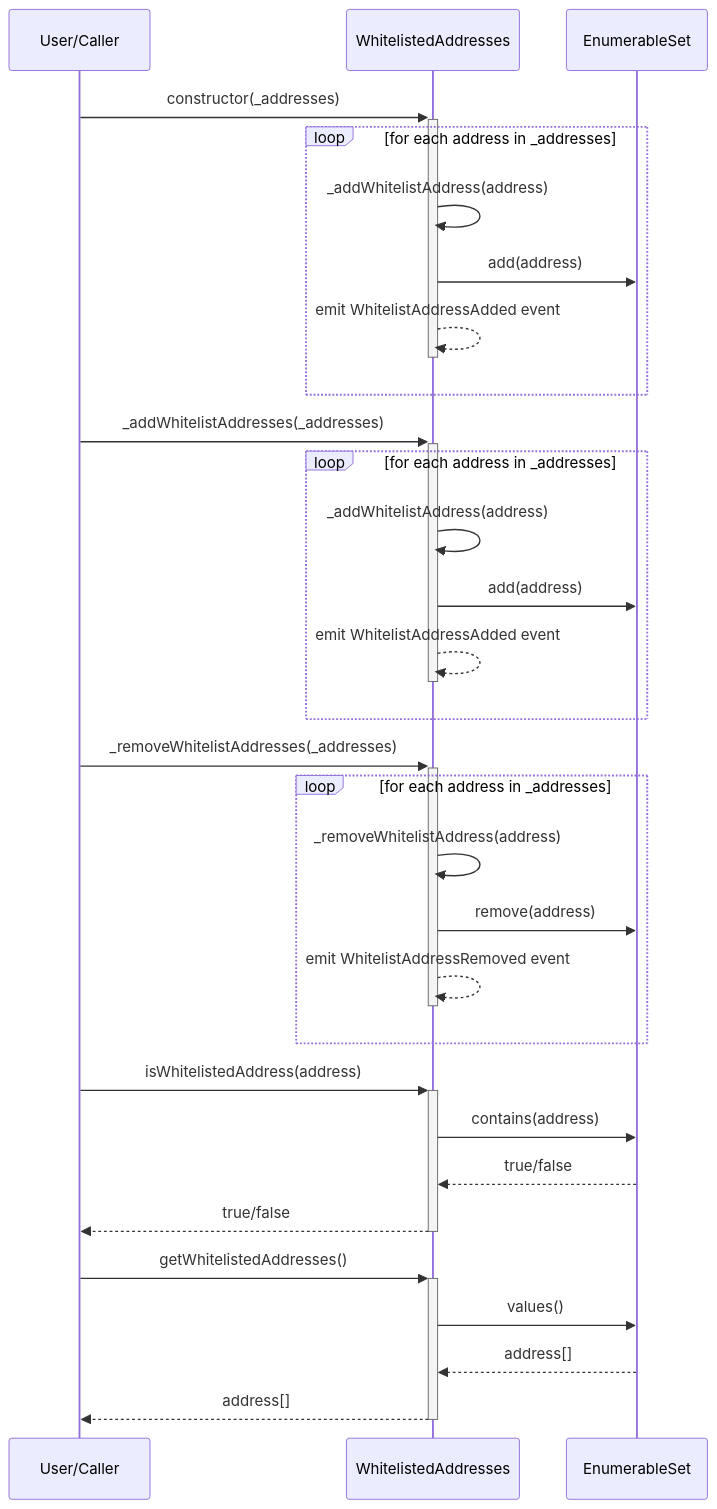
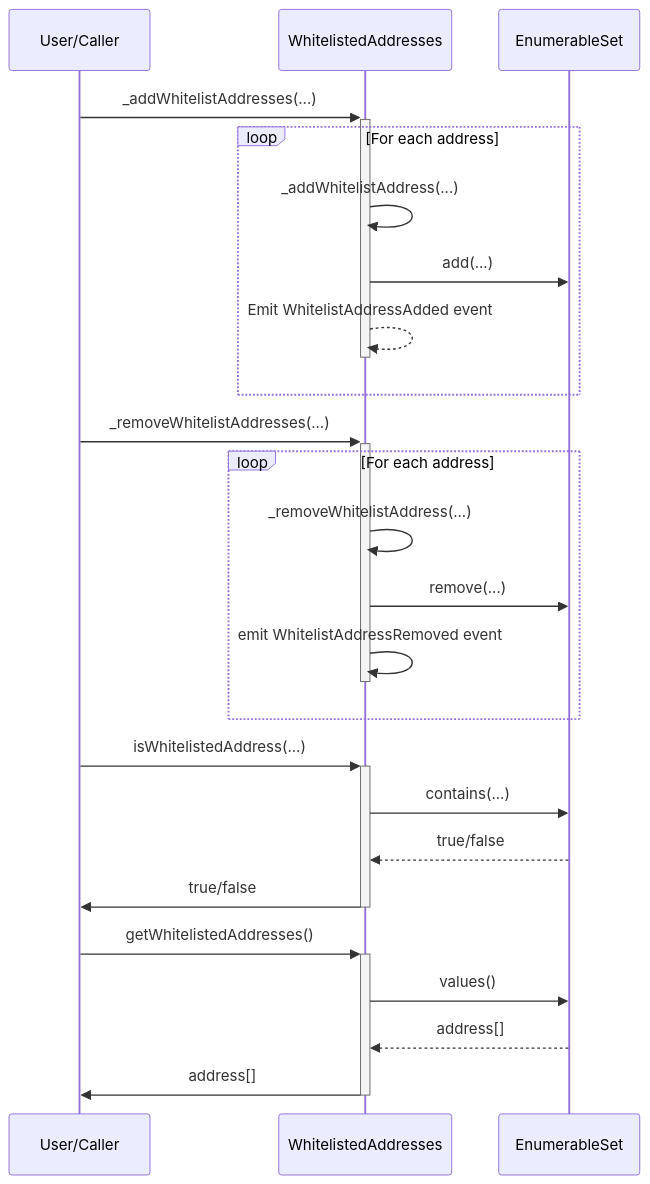
Before and after one commit to ZTX-Foundation/tuxedo: the second of 2 diagrams in doc/contracts/utils/extensions/WhitelistedAddresses.md, drawn with Mermaid. The commit also changed 17 other files, not shown here.

````diff
--- a/doc/contracts/utils/extensions/WhitelistedAddresses.md
+++ b/doc/contracts/utils/extensions/WhitelistedAddresses.md
@@ -17,37 +17,30 @@
 ```mermaid
 sequenceDiagram
     participant User as User/Caller
     participant WhitelistedAddresses
     participant EnumerableSet
 
-    User->>+WhitelistedAddresses: constructor(_addresses)
-    loop for each address in _addresses
-        WhitelistedAddresses->>WhitelistedAddresses: _addWhitelistAddress(address)
-        WhitelistedAddresses->>EnumerableSet: add(address)
-        WhitelistedAddresses-->>-WhitelistedAddresses: emit WhitelistAddressAdded event
+    User->>+WhitelistedAddresses: _addWhitelistAddresses(...)
+    loop For each address
+        WhitelistedAddresses->>WhitelistedAddresses: _addWhitelistAddress(...)
+        WhitelistedAddresses->>EnumerableSet: add(...)
+        WhitelistedAddresses-->>-WhitelistedAddresses: Emit WhitelistAddressAdded event
+    end
+    
+    User->>+WhitelistedAddresses: _removeWhitelistAddresses(...)
+    loop For each address
+        WhitelistedAddresses->>WhitelistedAddresses: _removeWhitelistAddress(...)
+        WhitelistedAddresses->>EnumerableSet: remove(...)
+        WhitelistedAddresses->>-WhitelistedAddresses: emit WhitelistAddressRemoved event
     end
 
-    User->>+WhitelistedAddresses: _addWhitelistAddresses(_addresses)
-    loop for each address in _addresses
-        WhitelistedAddresses->>WhitelistedAddresses: _addWhitelistAddress(address)
-        WhitelistedAddresses->>EnumerableSet: add(address)
-        WhitelistedAddresses-->>-WhitelistedAddresses: emit WhitelistAddressAdded event
-    end
-    
-    User->>+WhitelistedAddresses: _removeWhitelistAddresses(_addresses)
-    loop for each address in _addresses
-        WhitelistedAddresses->>WhitelistedAddresses: _removeWhitelistAddress(address)
-        WhitelistedAddresses->>EnumerableSet: remove(address)
-        WhitelistedAddresses-->>-WhitelistedAddresses: emit WhitelistAddressRemoved event
-    end
-
-    User->>+WhitelistedAddresses: isWhitelistedAddress(address)
-    WhitelistedAddresses->>EnumerableSet: contains(address)
+    User->>+WhitelistedAddresses: isWhitelistedAddress(...)
+    WhitelistedAddresses->>EnumerableSet: contains(...)
     EnumerableSet-->>WhitelistedAddresses: true/false
-    WhitelistedAddresses-->>-User: true/false
+    WhitelistedAddresses->>-User: true/false
 
     User->>+WhitelistedAddresses: getWhitelistedAddresses()
     WhitelistedAddresses->>EnumerableSet: values()
     EnumerableSet-->>WhitelistedAddresses: address[]
-    WhitelistedAddresses-->>-User: address[]
+    WhitelistedAddresses->>-User: address[]
 ```
````
